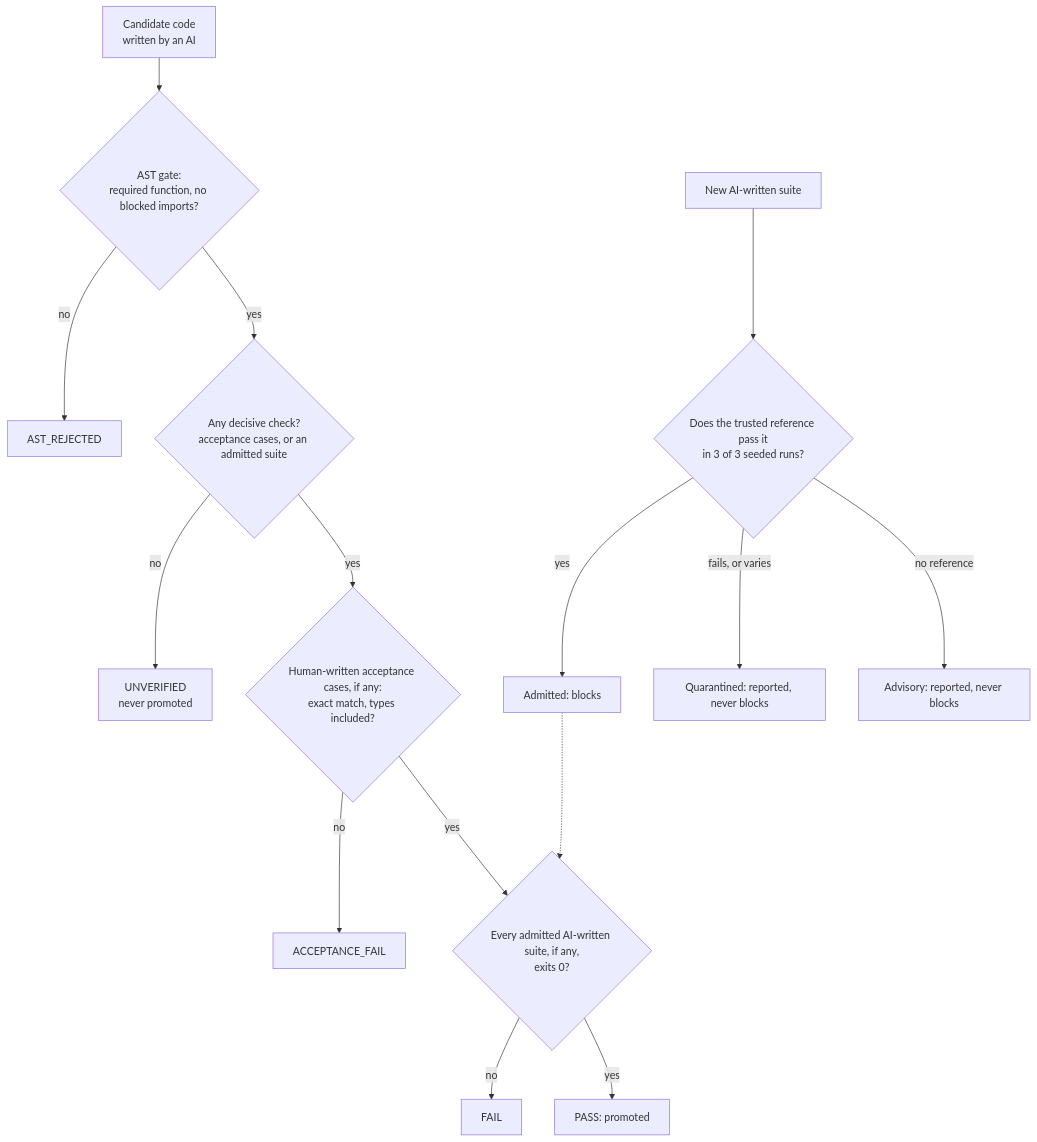
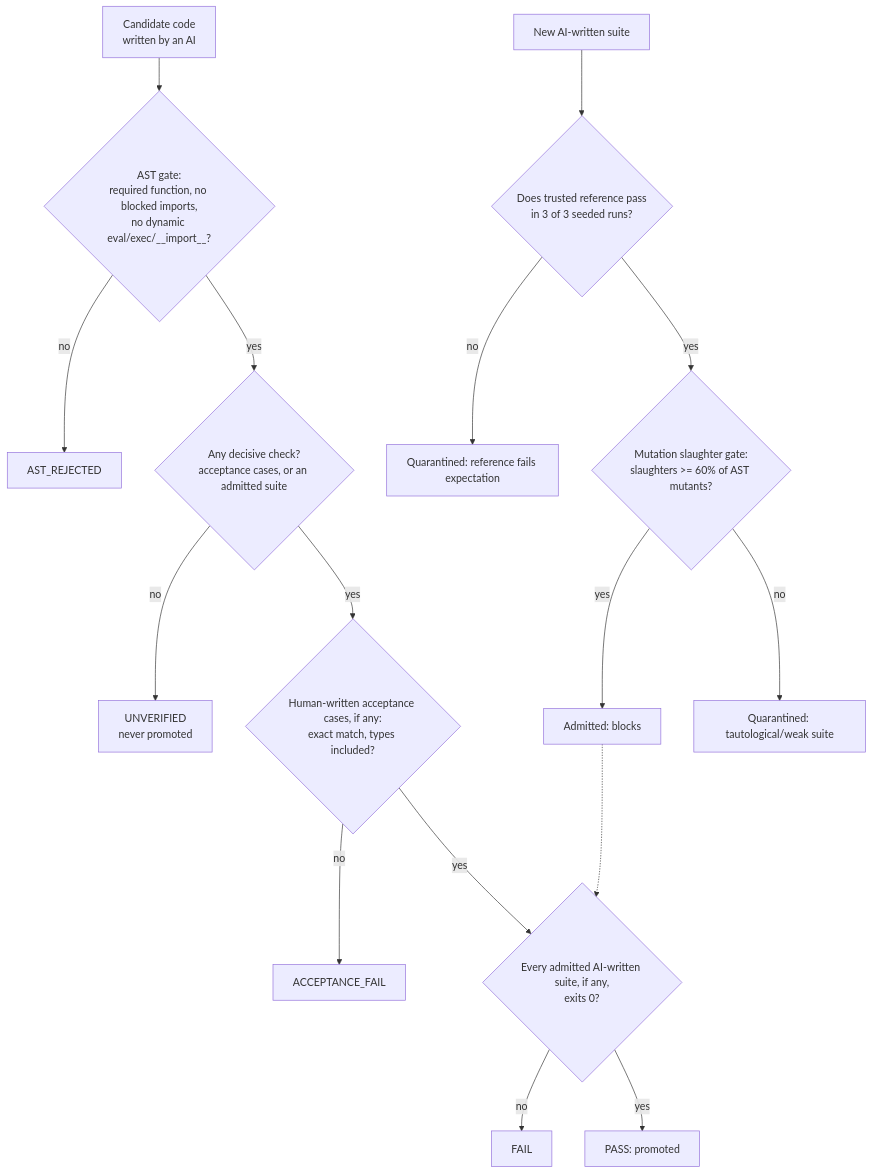
The second of 2 diagrams in docs/CRUCIBLE.md (WrdCstlg/crucible-Sept), drawn with Mermaid before and after one commit. The commit also changed other lines of this file and 11 other files, not shown here.

````diff
--- a/docs/CRUCIBLE.md
+++ b/docs/CRUCIBLE.md
@@ -47,17 +52,18 @@
 ```mermaid
 flowchart TD
-    C["Candidate code<br/>written by an AI"] --> AST{"AST gate:<br/>required function, no blocked imports?"}
+    C["Candidate code<br/>written by an AI"] --> AST{"AST gate:<br/>required function, no blocked imports,<br/>no dynamic eval/exec/__import__?"}
     AST -- no --> R1["AST_REJECTED"]
     AST -- yes --> GT{"Any decisive check?<br/>acceptance cases, or an admitted suite"}
     GT -- no --> UV["UNVERIFIED<br/>never promoted"]
     GT -- yes --> ACC{"Human-written acceptance cases, if any:<br/>exact match, types included?"}
     ACC -- no --> R2["ACCEPTANCE_FAIL"]
     ACC -- yes --> SUI{"Every admitted AI-written suite, if any,<br/>exits 0?"}
     SUI -- no --> R3["FAIL"]
     SUI -- yes --> P["PASS: promoted"]
-    T["New AI-written suite"] --> ADM{"Does the trusted reference pass it<br/>in 3 of 3 seeded runs?"}
-    ADM -- yes --> BL["Admitted: blocks"]
-    ADM -- "fails, or varies" --> Q["Quarantined: reported, never blocks"]
-    ADM -- "no reference" --> AD["Advisory: reported, never blocks"]
+    T["New AI-written suite"] --> ADM1{"Does trusted reference pass<br/>in 3 of 3 seeded runs?"}
+    ADM1 -- no --> Q1["Quarantined: reference fails expectation"]
+    ADM1 -- yes --> ADM2{"Mutation slaughter gate:<br/>slaughters >= 60% of AST mutants?"}
+    ADM2 -- yes --> BL["Admitted: blocks"]
+    ADM2 -- no --> Q2["Quarantined: tautological/weak suite"]
     BL -.-> SUI
 ```
````
